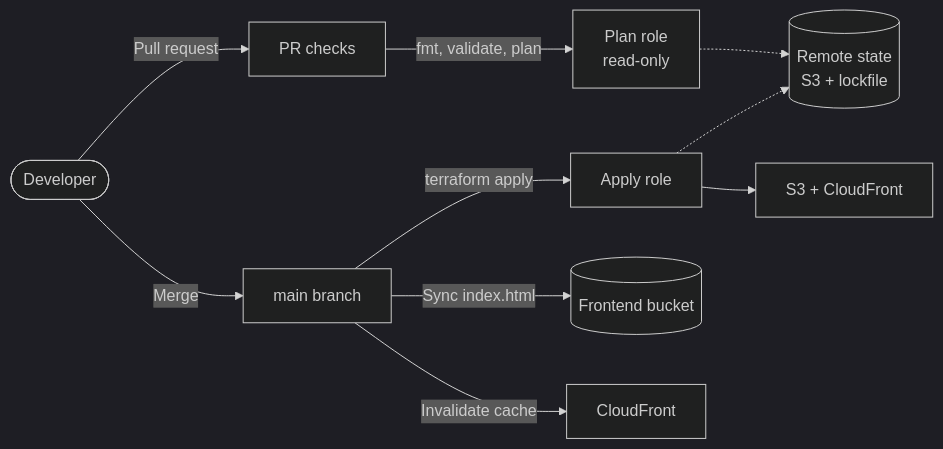
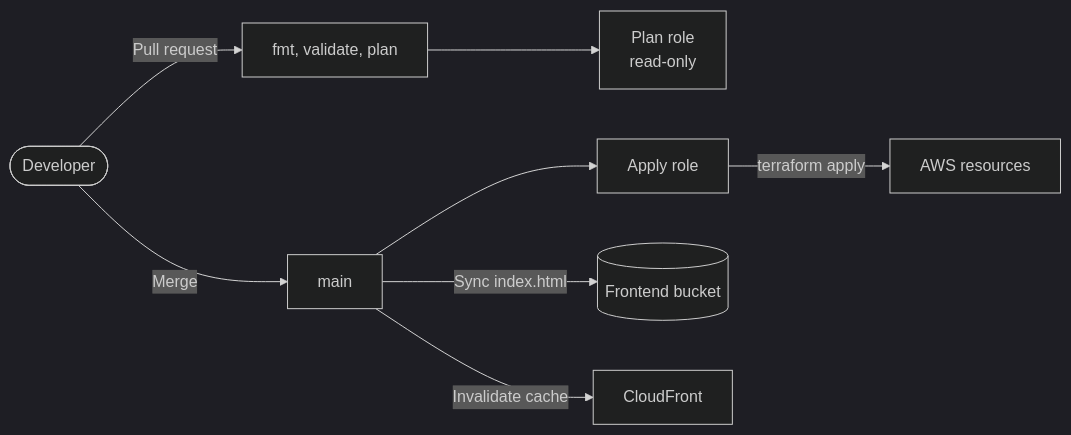
Before and after one commit to JessamyH/jh-taskops: the second of 2 diagrams in README.md, drawn with Mermaid (dark theme). The commit also changed other lines of this file and 1 other file, not shown here.

````diff
--- a/README.md
+++ b/README.md
@@ -48,12 +39,10 @@
 ```mermaid
 flowchart LR
-    Dev([Developer]) -->|Pull request| PR[PR checks]
-    PR -->|fmt, validate, plan| PlanRole[Plan role<br/>read-only]
-    Dev -->|Merge| Main[main branch]
-    Main -->|terraform apply| ApplyRole[Apply role]
-    ApplyRole --> Infra[S3 + CloudFront]
+    Dev([Developer]) -->|Pull request| PR[fmt, validate, plan]
+    PR --> PlanRole[Plan role<br/>read-only]
+    Dev -->|Merge| Main[main]
+    Main --> ApplyRole[Apply role]
+    ApplyRole -->|terraform apply| Infra[AWS resources]
     Main -->|Sync index.html| S3[(Frontend bucket)]
     Main -->|Invalidate cache| CF[CloudFront]
-    PlanRole -.-> State[(Remote state<br/>S3 + lockfile)]
-    ApplyRole -.-> State
 ```
````
